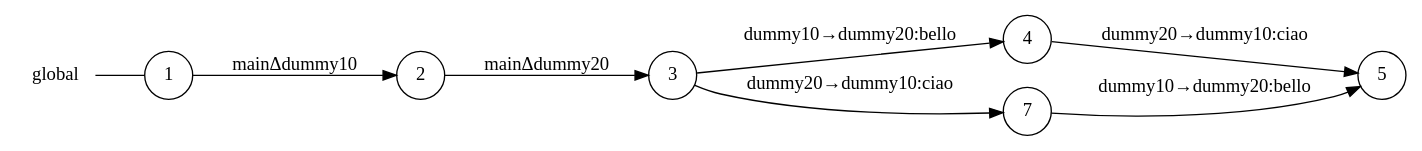
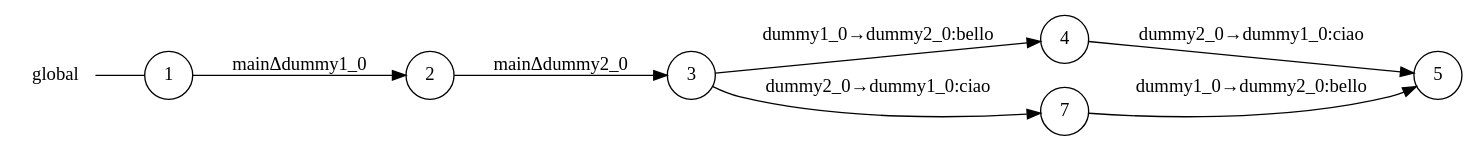
One commit to gabrielegenovese/chorer changed the diagram in examples/async/main_global_view.dot. Above: the diagram before and after it, drawn with Graphviz. The commit also changed 17 other files, not shown here.

```diff
--- a/examples/async/main_global_view.dot
+++ b/examples/async/main_global_view.dot
@@ -1,18 +1,18 @@
 digraph global {
 	rankdir="LR";
 	n_0 [label="global", shape="plaintext"];
 	n_1 [id="5", shape=circle, label="5"];
 	n_2 [id="1", shape=circle, label="1"];
 	n_0 -> n_2 [arrowhead=none];
 	n_3 [id="2", shape=circle, label="2"];
 	n_4 [id="4", shape=circle, label="4"];
 	n_5 [id="7", shape=circle, label="7"];
 	n_6 [id="3", shape=circle, label="3"];
 
-	n_6 -> n_5 [id="[$e|2]", label="dummy20→dummy10:ciao"];
-	n_2 -> n_3 [id="[$e|0]", label="mainΔdummy10"];
-	n_4 -> n_1 [id="[$e|5]", label="dummy20→dummy10:ciao"];
-	n_5 -> n_1 [id="[$e|6]", label="dummy10→dummy20:bello"];
-	n_6 -> n_4 [id="[$e|3]", label="dummy10→dummy20:bello"];
-	n_3 -> n_6 [id="[$e|4]", label="mainΔdummy20"];
+	n_3 -> n_6 [id="[$e|2]", label="mainΔdummy2_0"];
+	n_4 -> n_1 [id="[$e|0]", label="dummy2_0→dummy1_0:ciao"];
+	n_2 -> n_3 [id="[$e|1]", label="mainΔdummy1_0"];
+	n_5 -> n_1 [id="[$e|6]", label="dummy1_0→dummy2_0:bello"];
+	n_6 -> n_4 [id="[$e|3]", label="dummy1_0→dummy2_0:bello"];
+	n_6 -> n_5 [id="[$e|4]", label="dummy2_0→dummy1_0:ciao"];
 }
```
